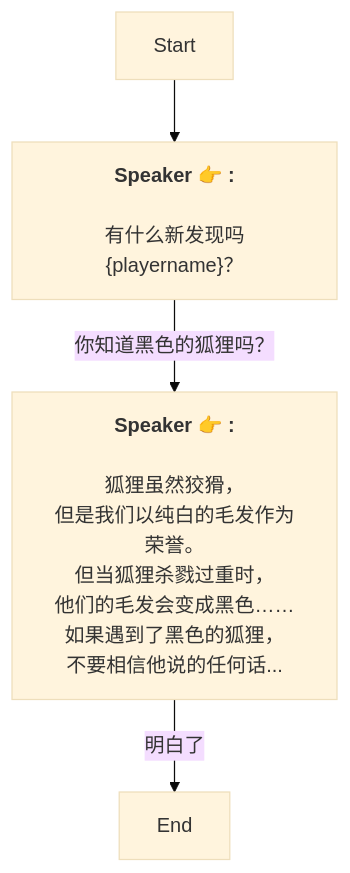
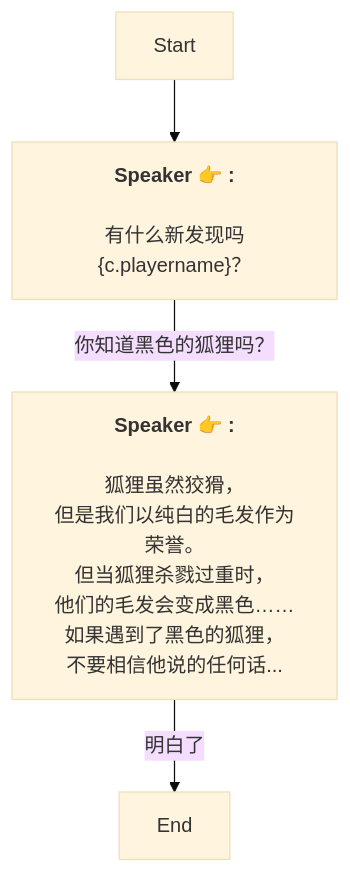
The diagram in Zh/QuestTalkObjectiveNode_1761996296966827.md (SoftHu/tos_avg), drawn with Mermaid (base theme) before and after one commit. The commit also changed 410 other files, not shown here.

````diff
--- a/Zh/QuestTalkObjectiveNode_1761996296966827.md
+++ b/Zh/QuestTalkObjectiveNode_1761996296966827.md
@@ -1,12 +1,12 @@
 ```mermaid
 graph
 Start -->1761996905918126[<b>Speaker 👉 :</b>
-\n有什么新发现吗&lbrace;playername&rbrace;？]
+\n有什么新发现吗&lbrace;c.playername&rbrace;？]
 1761996905918126 -->|你知道黑色的狐狸吗？|1761996951600820[<b>Speaker 👉 :</b>
 \n狐狸虽然狡猾，
 但是我们以纯白的毛发作为荣誉。\n但当狐狸杀戮过重时，
 他们的毛发会变成黑色……\n如果遇到了黑色的狐狸，
 不要相信他说的任何话...]
 1761996951600820 -->|明白了|1761997069046461[End]
 
 ```
````
